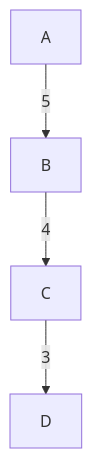
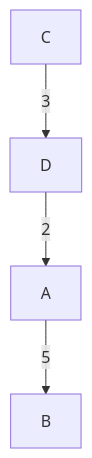
The second of 9 diagrams in Graph/Minimum Spanning Tree (MST)/Introduction.md (PaponAhasan/Data-Structures-and-Algorithms), drawn with Mermaid before and after one commit.

````diff
--- a/Graph/Minimum Spanning Tree (MST)/Introduction.md
+++ b/Graph/Minimum Spanning Tree (MST)/Introduction.md
@@ -34,6 +34,6 @@
    ```mermaid
     graph TD;
         A-->|5|B;
-        B-->|4|C;
         C-->|3|D;
+        D-->|2|A;
   ```
````
